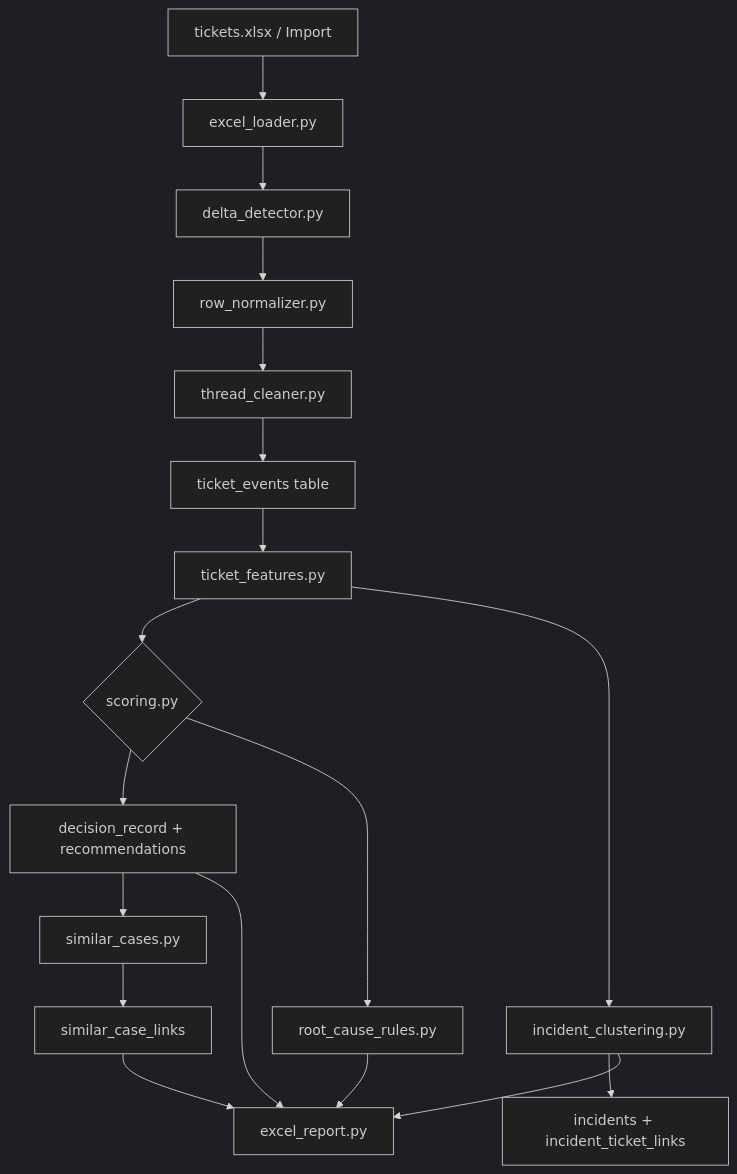
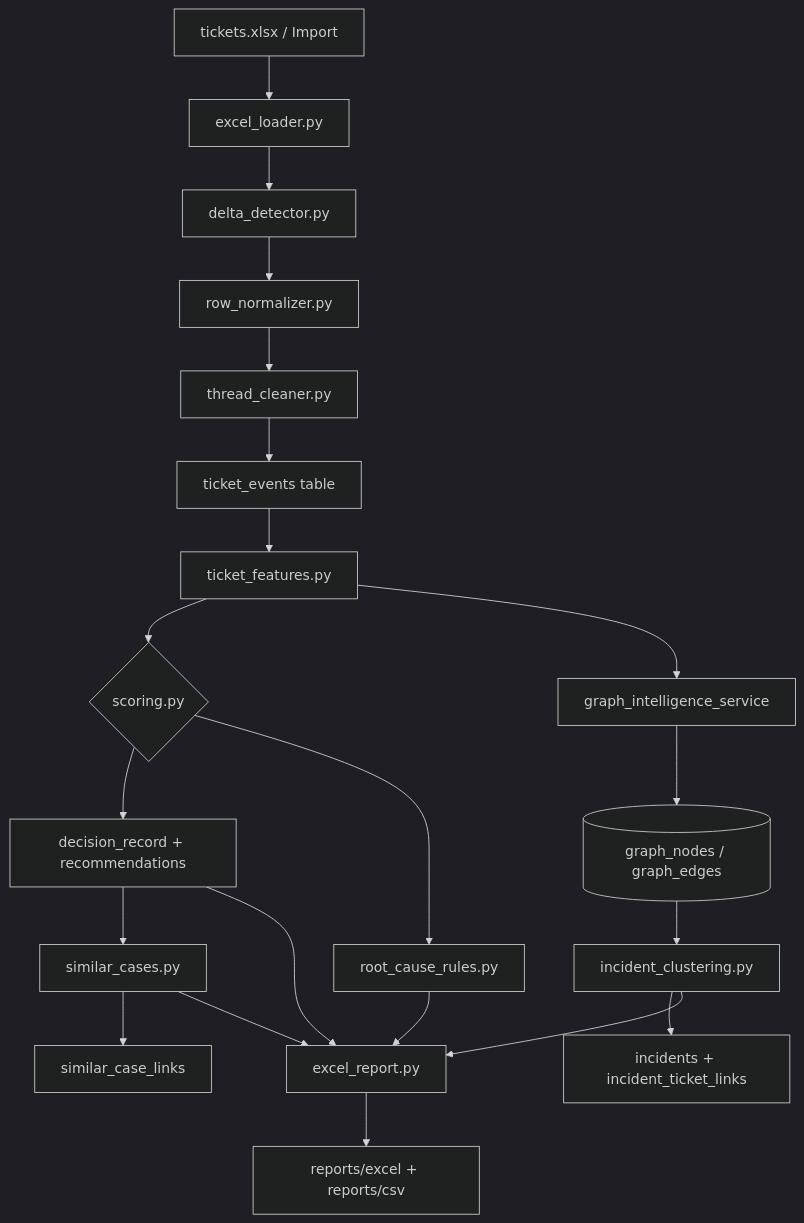
One commit to AngelP17/Aether-Ticketing changed the second of 4 diagrams in docs/architecture/system-overview.md. Above: the diagram before and after it, drawn with Mermaid (dark theme). The commit also changed other lines of this file and 10 other files, not shown here.

First line of the commit message:
docs: refresh with mermaid.js diagrams across all sections

````diff
--- a/docs/architecture/system-overview.md
+++ b/docs/architecture/system-overview.md
@@ -33,20 +33,23 @@
 ```mermaid
 flowchart TD
     A[tickets.xlsx / Import] --> B[excel_loader.py]
     B --> C[delta_detector.py]
     C --> D[row_normalizer.py]
     D --> E[thread_cleaner.py]
     E --> F[ticket_events table]
     F --> G[ticket_features.py]
     G --> H{scoring.py}
     H --> I[decision_record + recommendations]
     H --> J[root_cause_rules.py]
-    G --> K[incident_clustering.py]
-    K --> L[incidents + incident_ticket_links]
-    I --> M[similar_cases.py]
-    M --> N[similar_case_links]
-    I --> O[excel_report.py]
-    J --> O
-    K --> O
-    N --> O
+    G --> K[graph_intelligence_service]
+    K --> L[(graph_nodes / graph_edges)]
+    L --> M[incident_clustering.py]
+    M --> N[incidents + incident_ticket_links]
+    I --> O[similar_cases.py]
+    O --> P[similar_case_links]
+    I --> Q[excel_report.py]
+    J --> Q
+    M --> Q
+    O --> Q
+    Q --> R[reports/excel + reports/csv]
 ```
````
